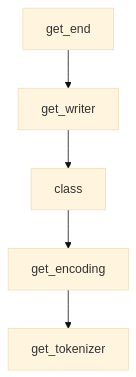
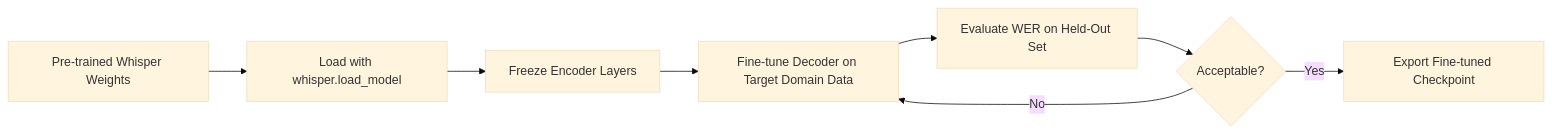
Before and after one commit to johnxie/awesome-code-docs: the diagram in tutorials/openai-whisper-tutorial/05-fine-tuning.md, drawn with Mermaid (base theme). The commit also changed other lines of this file and 1232 other files, not shown here.

````diff
--- a/tutorials/openai-whisper-tutorial/05-fine-tuning.md
+++ b/tutorials/openai-whisper-tutorial/05-fine-tuning.md
@@ -265,12 +106,10 @@
 ```mermaid
-flowchart TD
-    A[get_end]
-    B[get_writer]
-    C[class]
-    D[get_encoding]
-    E[get_tokenizer]
-    A --> B
-    B --> C
-    C --> D
-    D --> E
+flowchart LR
+    A[Pre-trained Whisper Weights] --> B[Load with whisper.load_model]
+    B --> C[Freeze Encoder Layers]
+    C --> D[Fine-tune Decoder on Target Domain Data]
+    D --> E[Evaluate WER on Held-Out Set]
+    E --> F{Acceptable?}
+    F -->|No| D
+    F -->|Yes| G[Export Fine-tuned Checkpoint]
 ```
````
